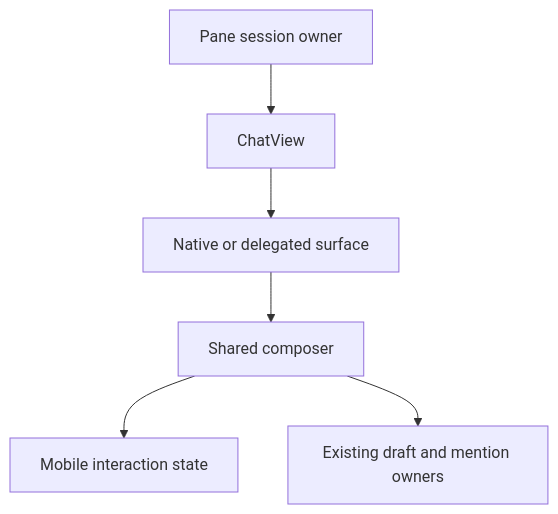
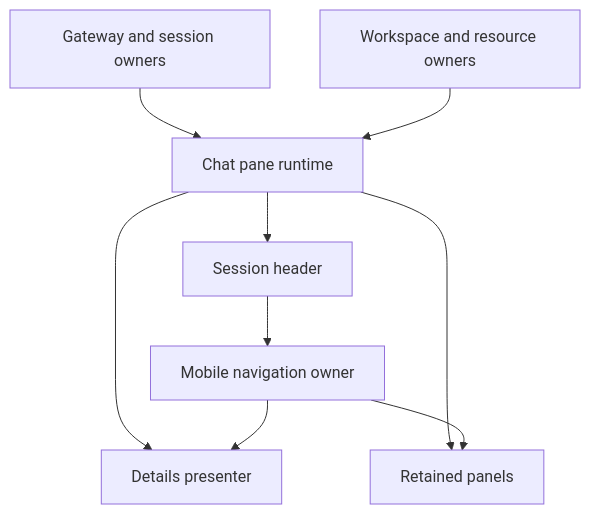
One commit to miguelbranco80/openclaw-bug-origins changed the diagram in fix-origins/clawsweeper/bundles/0106.full.md. Above: the diagram before and after it, drawn with Mermaid. The commit also changed other lines of this file and 6464 other files, not shown here.

````diff
--- a/fix-origins/clawsweeper/bundles/0106.full.md
+++ b/fix-origins/clawsweeper/bundles/0106.full.md
@@ -54,8 +58,11 @@
 ```mermaid
 flowchart TD
-  A[Pane session owner] --> B[ChatView]
-  B --> C[Native or delegated surface]
-  C --> D[Shared composer]
-  D --> E[Mobile interaction state]
-  D --> F[Existing draft and mention owners]
+  A[Gateway and session owners] --> B[Chat pane runtime]
+  C[Workspace and resource owners] --> B
+  B --> D[Session header]
+  B --> E[Details presenter]
+  B --> F[Retained panels]
+  D --> G[Mobile navigation owner]
+  G --> E
+  G --> F
 ```
````
